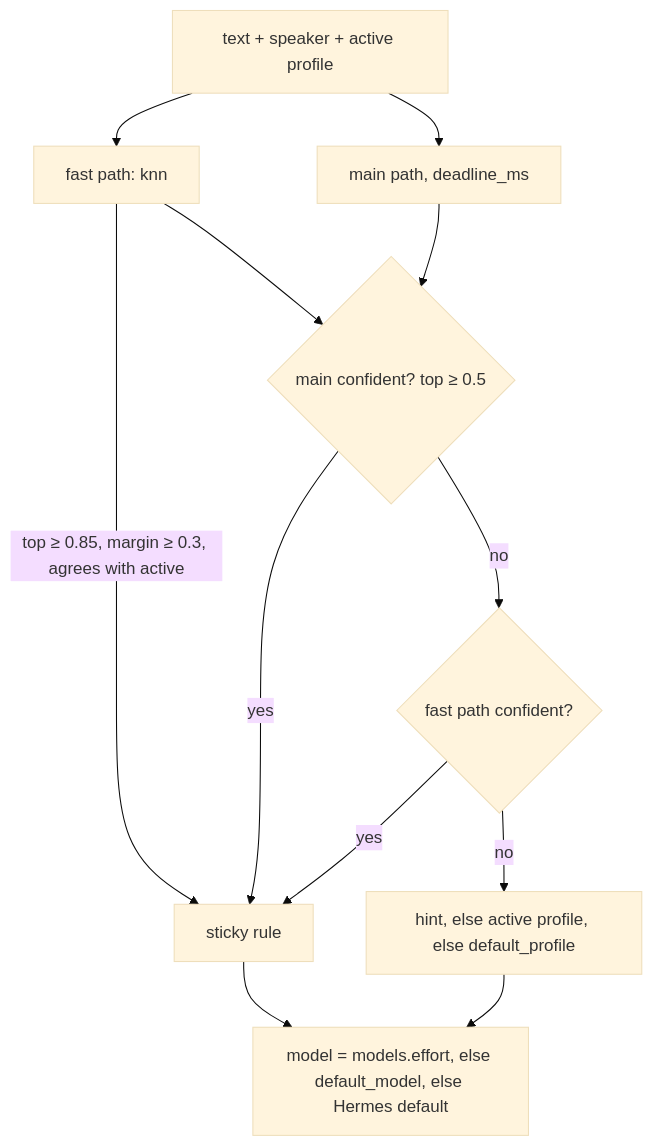
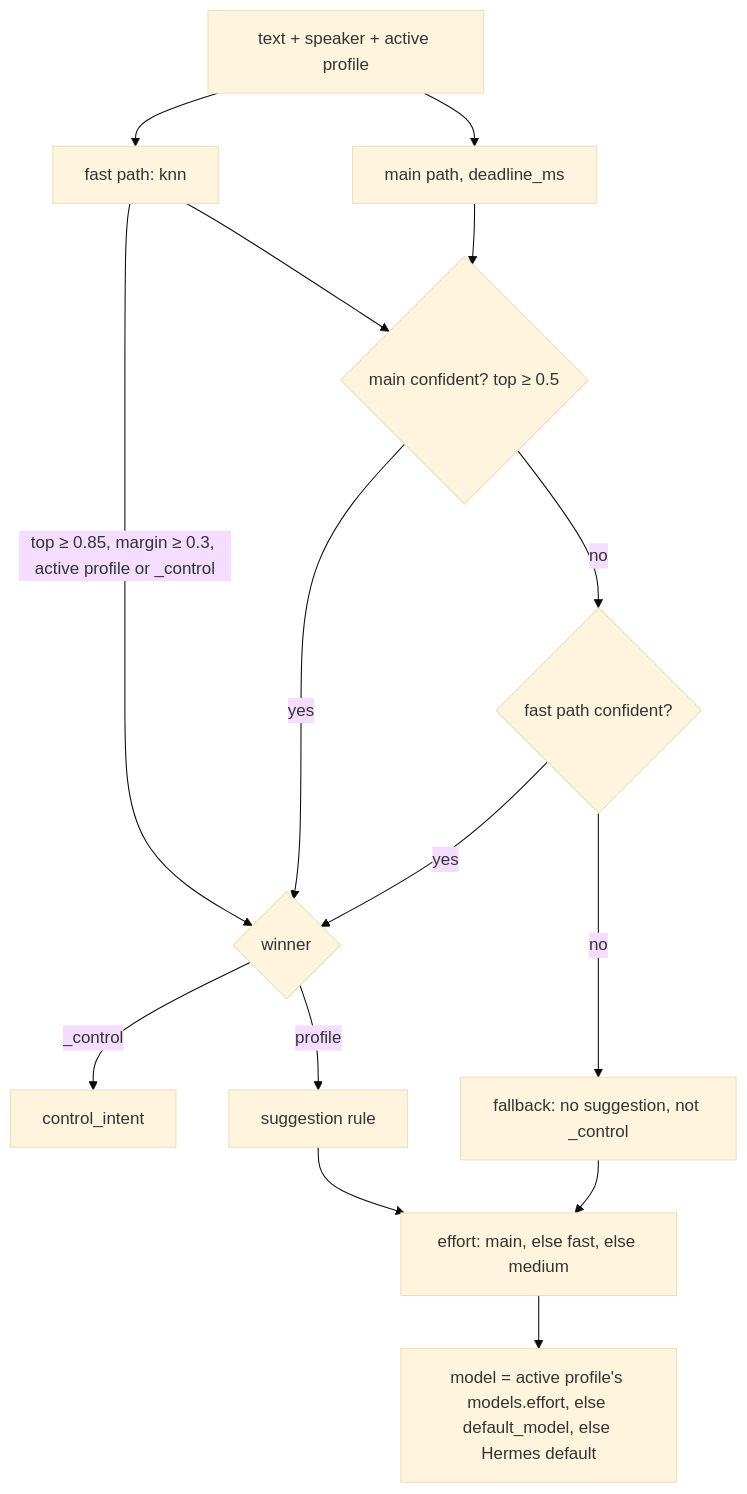
The fourth of 4 diagrams in docs/system/architecture.md (robsgreen/hermes-duplex), drawn with Mermaid (base theme) before and after one commit. The commit also changed other lines of this file and 4 other files, not shown here.

First line of the commit message:
docs: active profile, switching, suggestions and Bot Mode notes (amendment task 4.3)

````diff
--- a/docs/system/architecture.md
+++ b/docs/system/architecture.md
@@ -245,14 +266,17 @@
 ```mermaid
 flowchart TD
   T[text + speaker + active profile] --> K[fast path: knn]
   T --> D[main path, deadline_ms]
-  K -->|top ≥ 0.85, margin ≥ 0.3, agrees with active| S
+  K -->|top ≥ 0.85, margin ≥ 0.3, active profile or _control| W
   D --> C{main confident? top ≥ 0.5}
   K --> C
-  C -- yes --> S[sticky rule]
+  C -- yes --> W{winner}
   C -- no --> F{fast path confident?}
-  F -- yes --> S
-  F -- no --> G[hint, else active profile, else default_profile]
-  S --> M[model = models.effort, else default_model, else Hermes default]
-  G --> M
+  F -- yes --> W
+  F -- no --> N[fallback: no suggestion, not _control]
+  W -- _control --> X[control_intent]
+  W -- profile --> S[suggestion rule]
+  N --> E[effort: main, else fast, else medium]
+  S --> E
+  E --> M[model = active profile's models.effort, else default_model, else Hermes default]
 ```
````
